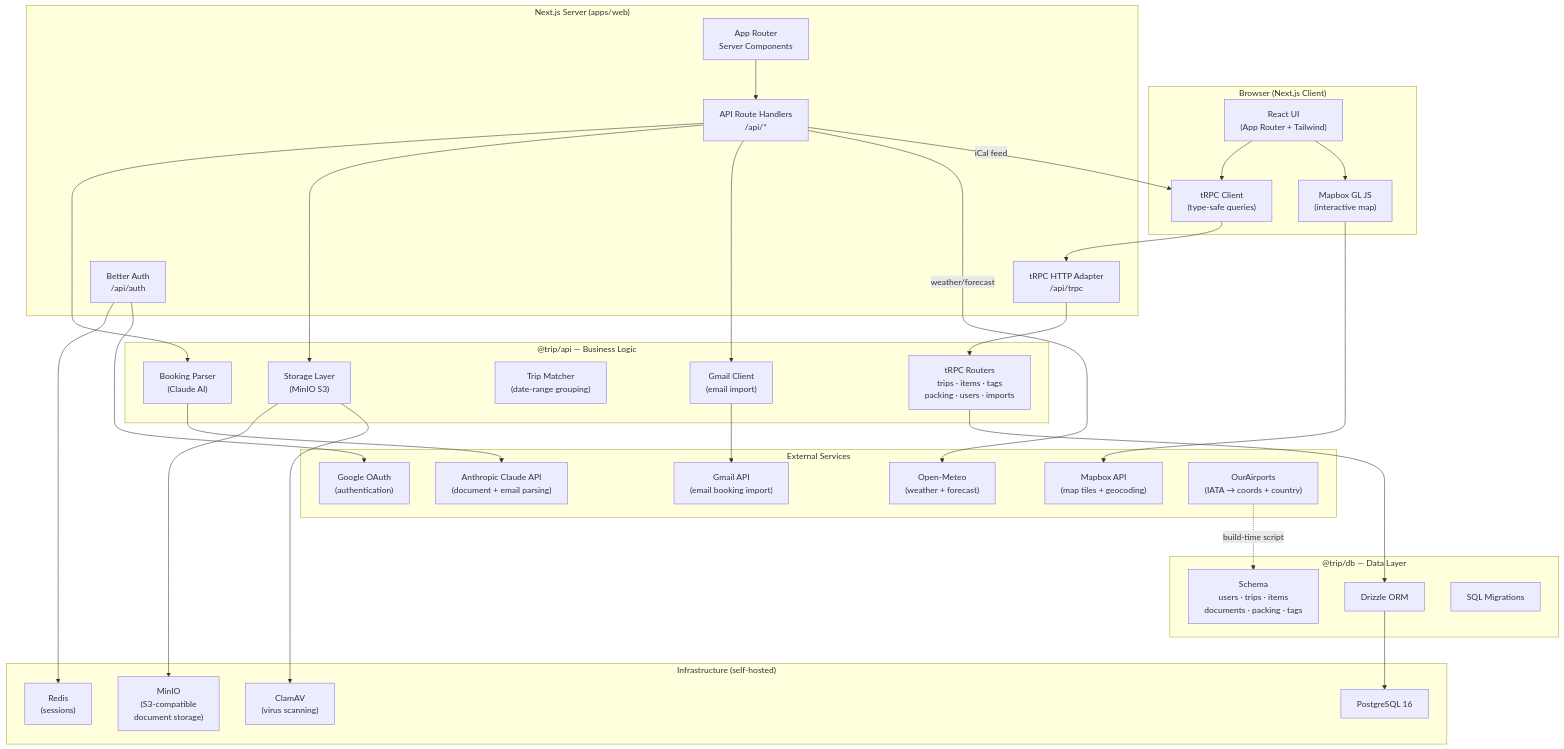
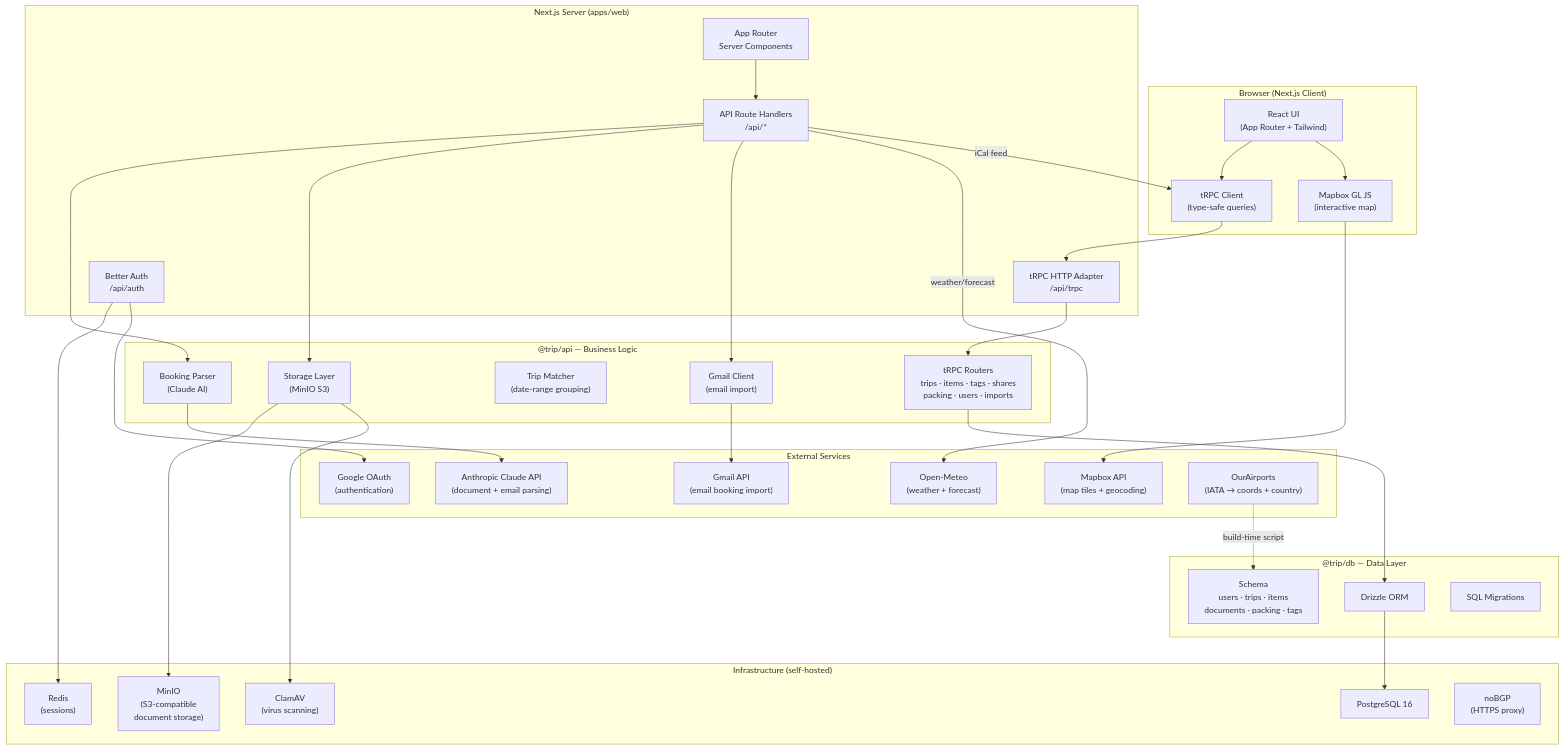
One commit to davinoishi/my-trip-planner changed the first of 4 diagrams in ARCHITECTURE.md. Above: the diagram before and after it, drawn with Mermaid. The commit also changed other lines of this file and 23 other files, not shown here.

````diff
--- a/ARCHITECTURE.md
+++ b/ARCHITECTURE.md
@@ -73,71 +74,72 @@
 ```mermaid
 graph TB
     subgraph Browser["Browser (Next.js Client)"]
         UI["React UI\n(App Router + Tailwind)"]
         tRPCClient["tRPC Client\n(type-safe queries)"]
         MapboxGL["Mapbox GL JS\n(interactive map)"]
     end
 
     subgraph NextJS["Next.js Server (apps/web)"]
         AppRouter["App Router\nServer Components"]
         APIRoutes["API Route Handlers\n/api/*"]
         tRPCServer["tRPC HTTP Adapter\n/api/trpc"]
         AuthHandler["Better Auth\n/api/auth"]
     end
 
     subgraph APIPackage["@trip/api — Business Logic"]
-        Routers["tRPC Routers\ntrips · items · tags\npacking · users · imports"]
+        Routers["tRPC Routers\ntrips · items · tags · shares\npacking · users · imports"]
         BookingParser["Booking Parser\n(Claude AI)"]
         TripMatcher["Trip Matcher\n(date-range grouping)"]
         Storage["Storage Layer\n(MinIO S3)"]
         GmailClient["Gmail Client\n(email import)"]
     end
 
     subgraph DBPackage["@trip/db — Data Layer"]
         DrizzleORM["Drizzle ORM"]
         Schema["Schema\nusers · trips · items\ndocuments · packing · tags"]
         Migrations["SQL Migrations"]
     end
 
     subgraph Infrastructure["Infrastructure (self-hosted)"]
         Postgres["PostgreSQL 16"]
         Redis["Redis\n(sessions)"]
         MinIO["MinIO\n(S3-compatible\ndocument storage)"]
         ClamAV["ClamAV\n(virus scanning)"]
+        NoBGP["noBGP\n(HTTPS proxy)"]
     end
 
     subgraph External["External Services"]
         Claude["Anthropic Claude API\n(document + email parsing)"]
         GoogleOAuth["Google OAuth\n(authentication)"]
         GmailAPI["Gmail API\n(email booking import)"]
         OpenMeteo["Open-Meteo\n(weather + forecast)"]
         MapboxAPI["Mapbox API\n(map tiles + geocoding)"]
         OurAirports["OurAirports\n(IATA → coords + country)"]
     end
 
     UI --> tRPCClient
     tRPCClient --> tRPCServer
     UI --> MapboxGL
     MapboxGL --> MapboxAPI
     AppRouter --> APIRoutes
 
     tRPCServer --> Routers
     APIRoutes --> BookingParser
     APIRoutes --> Storage
     APIRoutes --> GmailClient
 
     Routers --> DrizzleORM
     BookingParser --> Claude
     GmailClient --> GmailAPI
     Storage --> MinIO
     Storage --> ClamAV
 
     DrizzleORM --> Postgres
     AuthHandler --> Redis
     AuthHandler --> GoogleOAuth
 
     APIRoutes -- "weather/forecast" --> OpenMeteo
     APIRoutes -- "iCal feed" --> tRPCClient
 
     OurAirports -. "build-time script" .-> Schema
 ```
````
